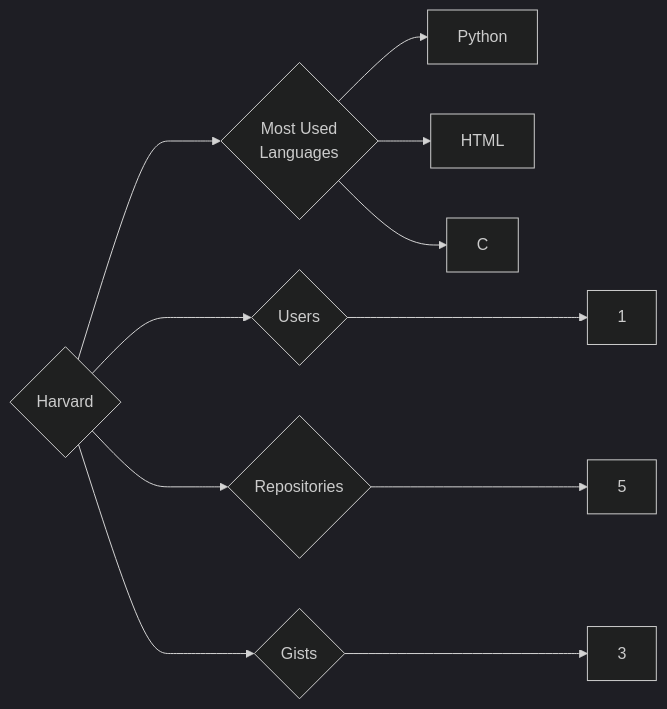
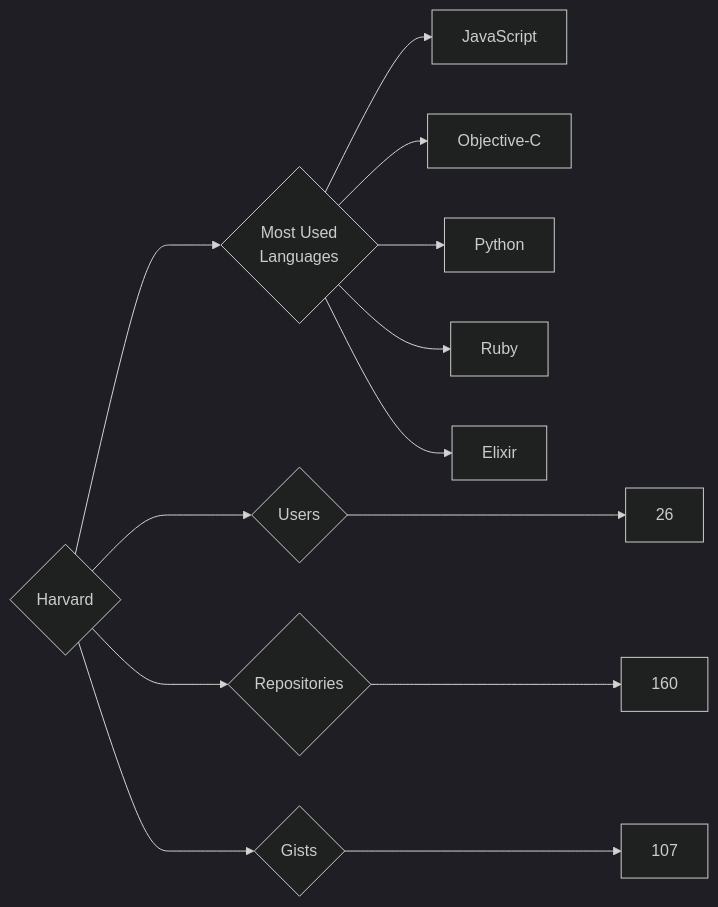
Before and after one commit to trickest/insiders: the diagram in targets/Harvard/README.md, drawn with Mermaid (dark theme). The commit also changed 823 other files, not shown here.

````diff
--- a/targets/Harvard/README.md
+++ b/targets/Harvard/README.md
@@ -3,11 +3,13 @@
 ```mermaid
 graph LR
 COMPANY_NAME{Harvard}
-COMPANY_NAME ---> U{Users} ---> UN[1]
-COMPANY_NAME ---> R{Repositories} ---> RN[5]
-COMPANY_NAME ---> G{Gists} ---> GN[3]
+COMPANY_NAME ---> U{Users} ---> UN[26]
+COMPANY_NAME ---> R{Repositories} ---> RN[160]
+COMPANY_NAME ---> G{Gists} ---> GN[107]
 COMPANY_NAME ---> ML{Most Used<br>Languages}
+ML --> JavaScript[JavaScript]
+ML --> Objective-C[Objective-C]
 ML --> Python[Python]
-ML --> HTML[HTML]
-ML --> C[C]
+ML --> Ruby[Ruby]
+ML --> Elixir[Elixir]
 ```
````
